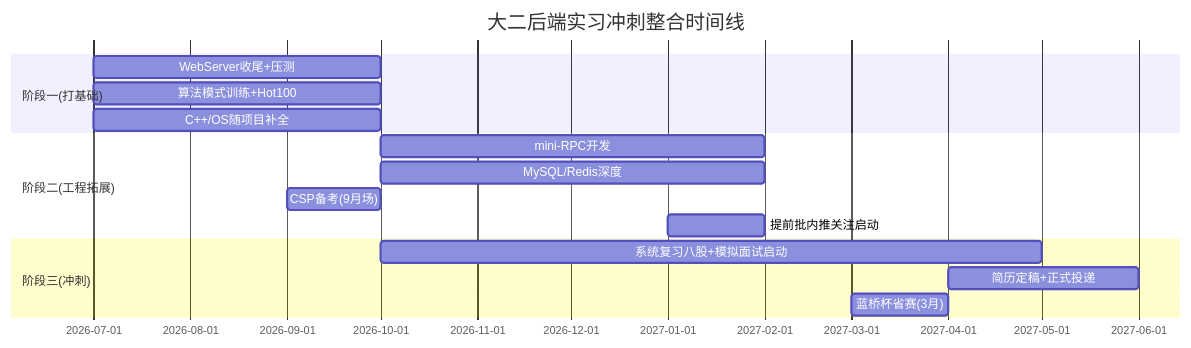
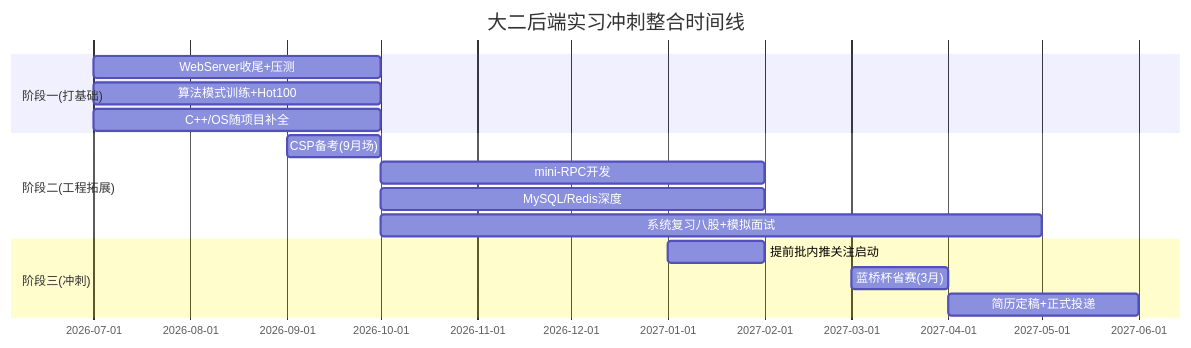
One commit to ziyan-cs/obsidian-coding-notes changed the diagram in 大二后端实习冲刺全系统规划.md. Above: the diagram before and after it, drawn with Mermaid. The commit also changed other lines of this file, not shown here.

````diff
--- a/大二后端实习冲刺全系统规划.md
+++ b/大二后端实习冲刺全系统规划.md
@@ -152,18 +143,18 @@
 ```mermaid
 gantt
     title 大二后端实习冲刺整合时间线
     dateFormat  YYYY-MM
     section 阶段一(打基础)
     WebServer收尾+压测       :2026-07, 3M
     算法模式训练+Hot100       :2026-07, 3M
     C++/OS随项目补全          :2026-07, 3M
     section 阶段二(工程拓展)
+    CSP备考(9月场)            :2026-09, 1M
     mini-RPC开发              :2026-10, 4M
     MySQL/Redis深度           :2026-10, 4M
-    CSP备考(9月场)            :2026-09, 1M
+    系统复习八股+模拟面试     :2026-10, 7M
+    section 阶段三(冲刺)
     提前批内推关注启动        :2027-01, 1M
-    section 阶段三(冲刺)
-    系统复习八股+模拟面试启动 :2026-10, 7M
+    蓝桥杯省赛(3月)           :2027-03, 1M
     简历定稿+正式投递          :2027-04, 2M
-    蓝桥杯省赛(3月)            :2027-03, 1M
 ```
````
